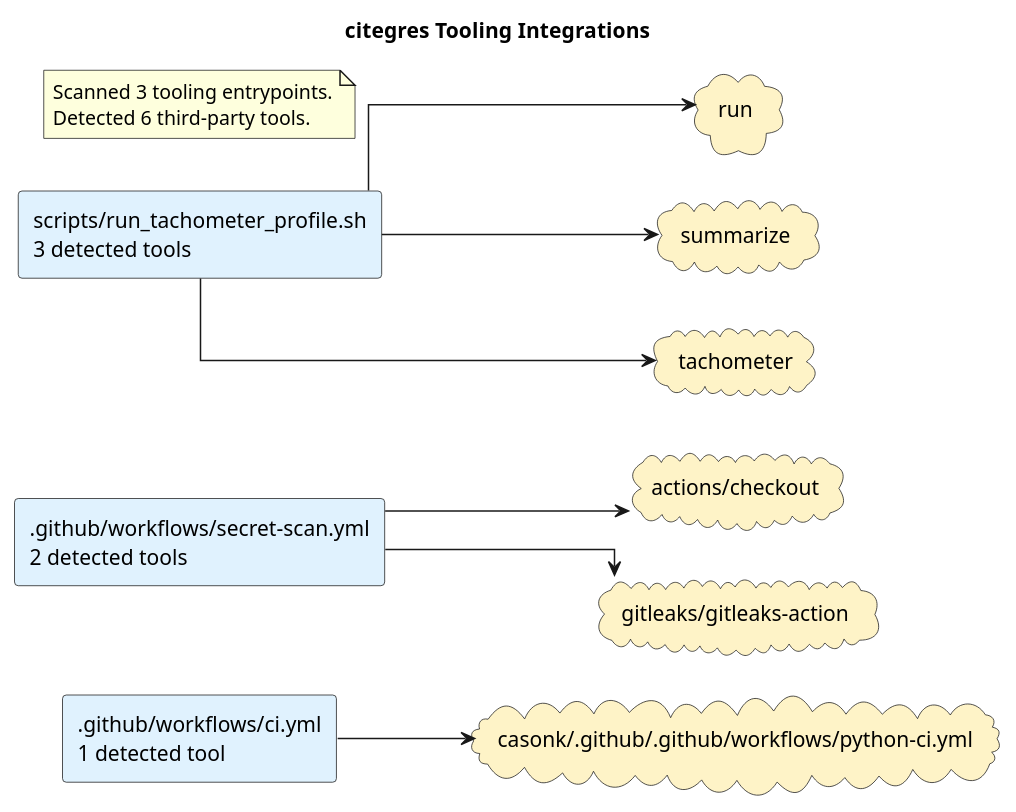
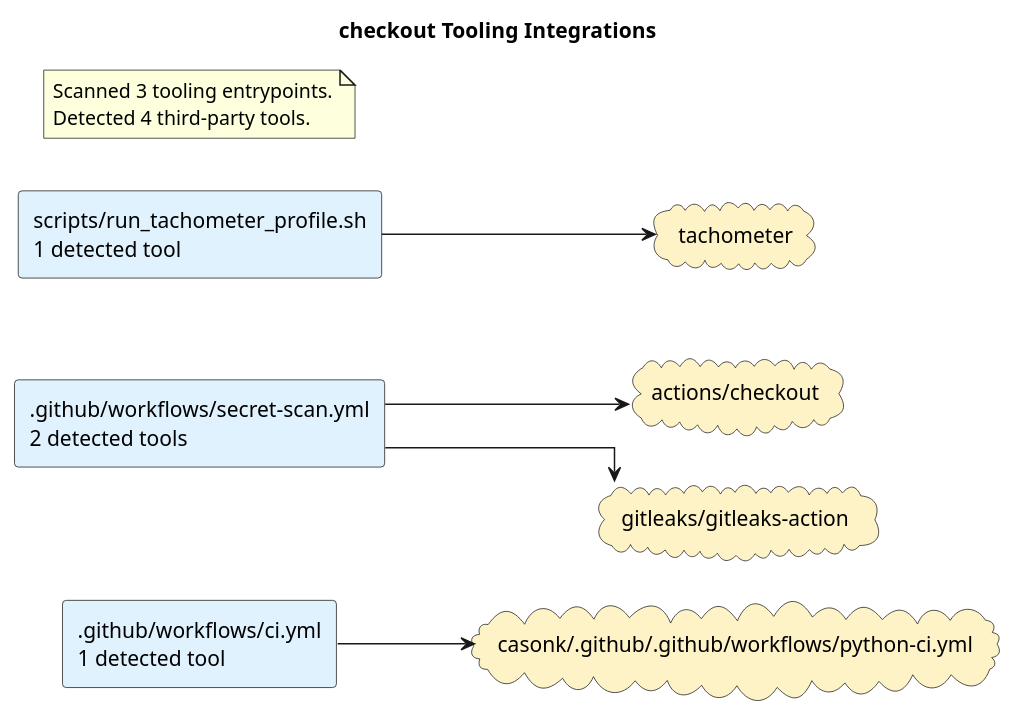
Before and after one commit to casonk/citegres: the diagram in docs/diagrams/tooling-integrations.puml, drawn with PlantUML. The commit also changed 9 other files, not shown here.

Commit message:
docs: refresh generated architecture diagrams (#13)

```diff
--- a/docs/diagrams/tooling-integrations.puml
+++ b/docs/diagrams/tooling-integrations.puml
@@ -1,27 +1,23 @@
 @startuml
-title citegres Tooling Integrations
+title checkout Tooling Integrations
 left to right direction
 skinparam shadowing false
 skinparam defaultFontName Monospace
 skinparam componentStyle rectangle
 skinparam linetype ortho
 rectangle ".github/workflows/ci.yml\n1 detected tool" as source_github_workflows_ci_yml #E0F2FE
 rectangle ".github/workflows/secret-scan.yml\n2 detected tools" as source_github_workflows_secret_scan_yml #E0F2FE
-rectangle "scripts/run_tachometer_profile.sh\n3 detected tools" as source_scripts_run_tachometer_profile_sh #E0F2FE
+rectangle "scripts/run_tachometer_profile.sh\n1 detected tool" as source_scripts_run_tachometer_profile_sh #E0F2FE
 cloud "actions/checkout" as tool_actions_checkout #FEF3C7
 cloud "casonk/.github/.github/workflows/python-ci.yml" as tool_casonk_github_github_workflows_python_ci_yml #FEF3C7
 cloud "gitleaks/gitleaks-action" as tool_gitleaks_gitleaks_action #FEF3C7
-cloud "run" as tool_run #FEF3C7
-cloud "summarize" as tool_summarize #FEF3C7
 cloud "tachometer" as tool_tachometer #FEF3C7
 source_github_workflows_ci_yml --> tool_casonk_github_github_workflows_python_ci_yml
 source_github_workflows_secret_scan_yml --> tool_actions_checkout
 source_github_workflows_secret_scan_yml --> tool_gitleaks_gitleaks_action
-source_scripts_run_tachometer_profile_sh --> tool_run
-source_scripts_run_tachometer_profile_sh --> tool_summarize
 source_scripts_run_tachometer_profile_sh --> tool_tachometer
 note as toolingGraphSummary
 Scanned 3 tooling entrypoints.
-Detected 6 third-party tools.
+Detected 4 third-party tools.
 end note
 @enduml
```
